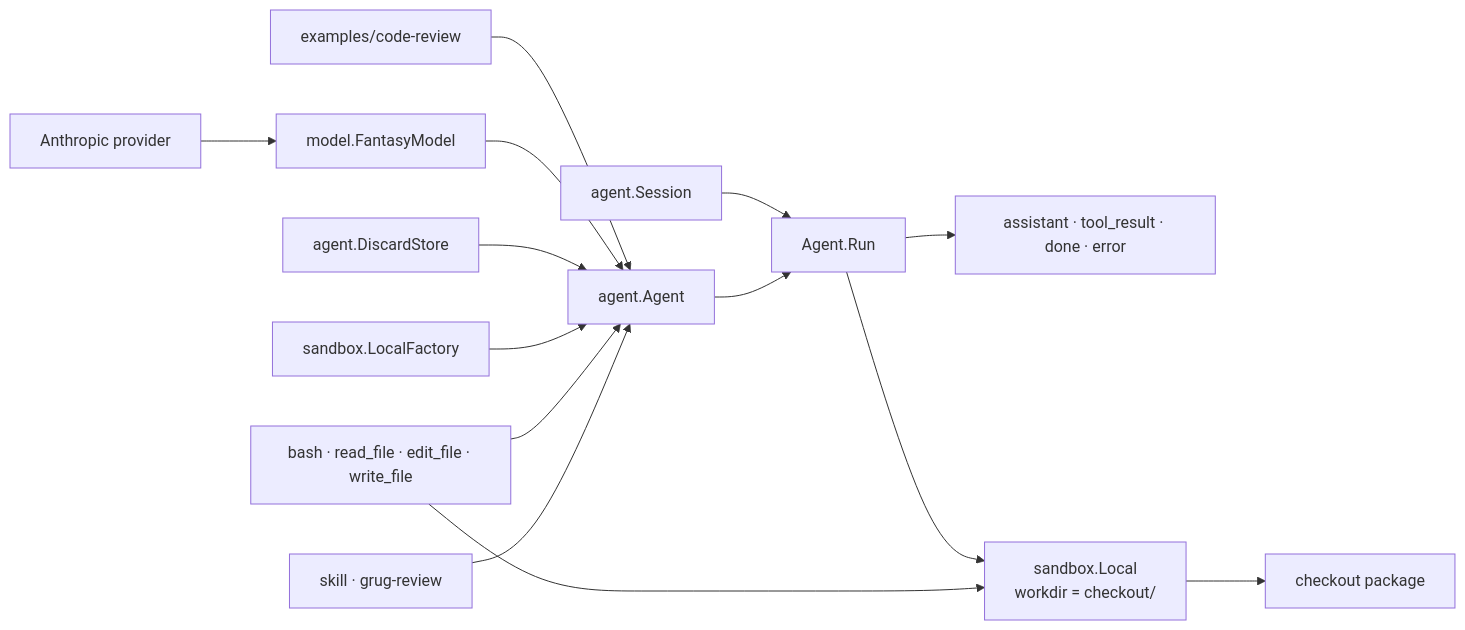
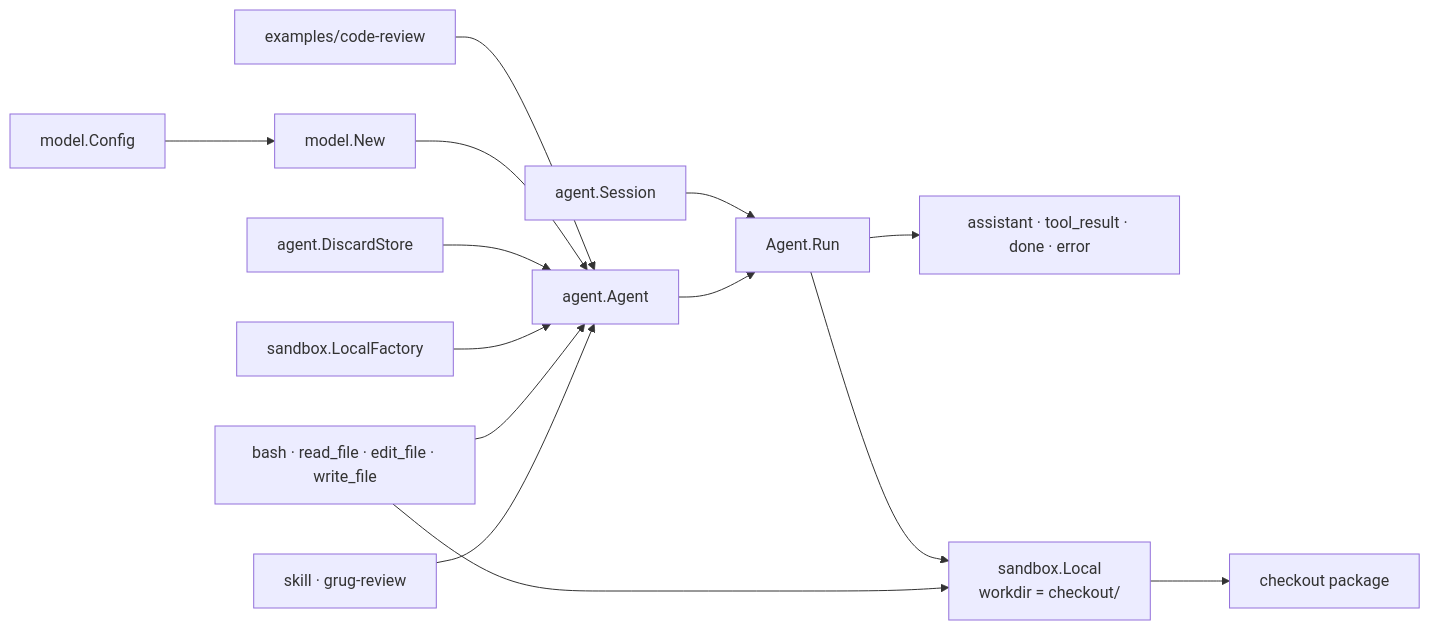
The first of 2 diagrams in examples/code-review/README.md (maikdotfi/metaharness), drawn with Mermaid before and after one commit. The commit also changed other lines of this file and 9 other files, not shown here.

Commit message:
adopt the blog post fantasy model/providers slightly adapted

````diff
--- a/examples/code-review/README.md
+++ b/examples/code-review/README.md
@@ -7,18 +7,18 @@
 ```mermaid
 flowchart LR
     CLI[examples/code-review] --> Agent[agent.Agent]
-    Anthropic[Anthropic provider] --> Fantasy[model.FantasyModel]
-    Fantasy --> Agent
+    Config[model.Config] --> Model[model.New]
+    Model --> Agent
     Discard[agent.DiscardStore] --> Agent
     LocalFactory[sandbox.LocalFactory] --> Agent
     OSTools["bash · read_file · edit_file · write_file"] --> Agent
     Skill["skill · grug-review"] --> Agent
 
     Session[agent.Session] --> Run[Agent.Run]
     Agent --> Run
     Run --> Events["assistant · tool_result · done · error"]
 
     Run --> Local["sandbox.Local\nworkdir = checkout/"]
     OSTools --> Local
     Local --> Checkout[checkout package]
 ```
````
